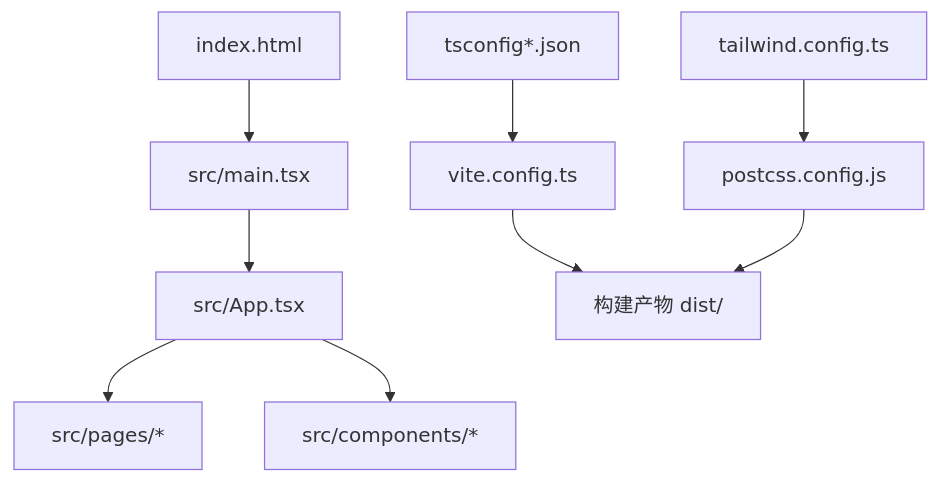
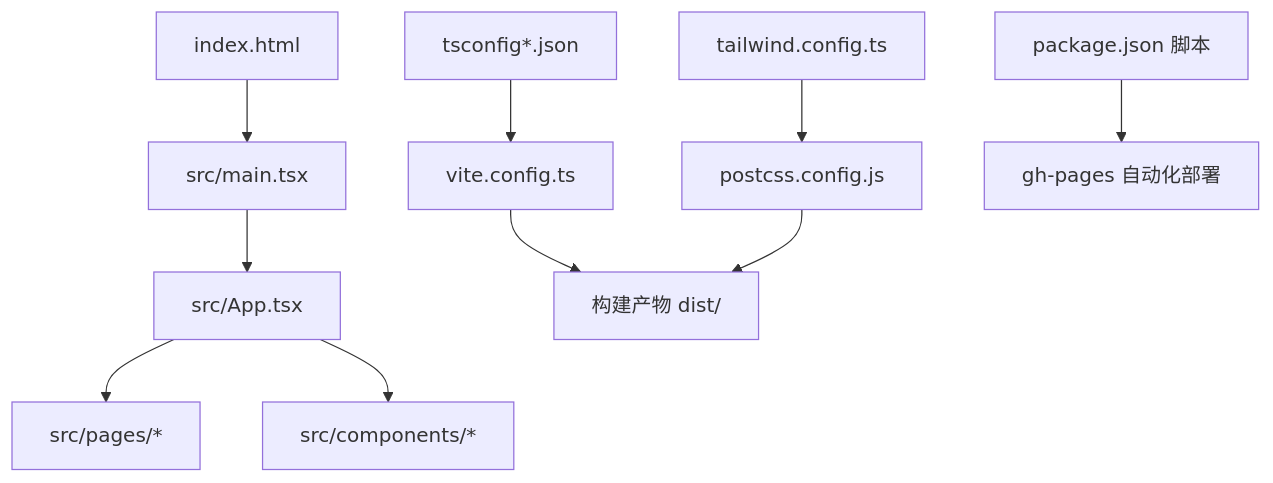
One commit to InfSky-233/B02 changed the first of 3 diagrams in .qoder/repowiki/zh/content/构建与部署.md. Above: the diagram before and after it, drawn with Mermaid. The commit also changed other lines of this file and 12 other files, not shown here.

````diff
--- a/.qoder/repowiki/zh/content/构建与部署.md
+++ b/.qoder/repowiki/zh/content/构建与部署.md
@@ -47,11 +54,12 @@
 ```mermaid
 graph TB
 A["index.html"] --> B["src/main.tsx"]
 B --> C["src/App.tsx"]
 C --> D["src/pages/*"]
 C --> E["src/components/*"]
 F["vite.config.ts"] --> G["构建产物 dist/"]
 H["tsconfig*.json"] --> F
 I["tailwind.config.ts"] --> J["postcss.config.js"]
 J --> G
+K["package.json 脚本"] --> L["gh-pages 自动化部署"]
 ```
````
